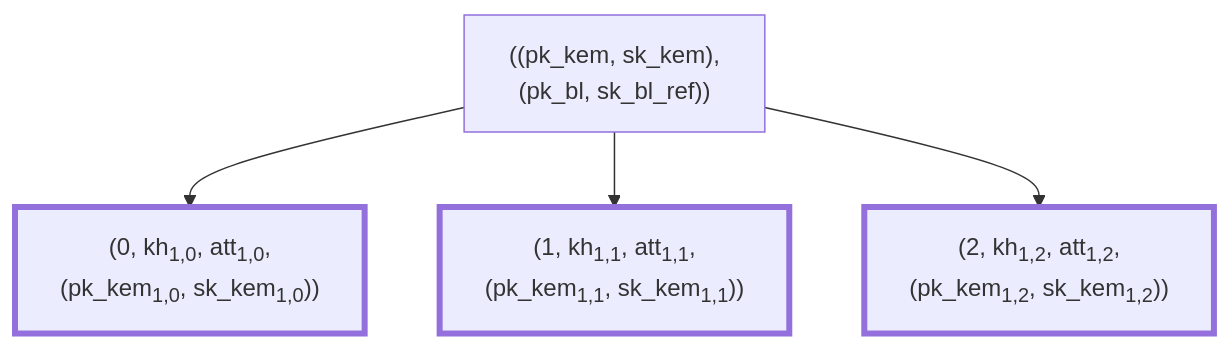
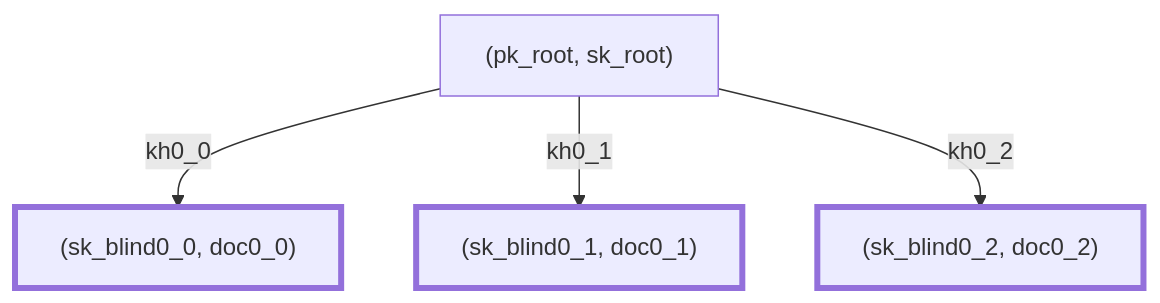
Before and after one commit to sander/hierarchical-deterministic-keys: the second of 4 diagrams in keys.md, drawn with Mermaid. The commit also changed other lines of this file, not shown here.

````diff
--- a/keys.md
+++ b/keys.md
@@ -198,10 +48,10 @@
 ```mermaid
 flowchart
-root["((pk_kem, sk_kem),<br>(pk_bl, sk_bl_ref))"]
-root --> l1_0["(0, kh<sub>1,0</sub>, att<sub>1,0</sub>,<br>(pk_kem<sub>1,0</sub>, sk_kem<sub>1,0</sub>))"]
-root --> l1_1["(1, kh<sub>1,1</sub>, att<sub>1,1</sub>,<br>(pk_kem<sub>1,1</sub>, sk_kem<sub>1,1</sub>))"]
-root --> l1_2["(2, kh<sub>1,2</sub>, att<sub>1,2</sub>,<br>(pk_kem<sub>1,2</sub>, sk_kem<sub>1,2</sub>))"]
+root["(pk_root, sk_root)"]
+root --kh0_0--> l1_0["(sk_blind0_0, doc0_0)"]
+root --kh0_1--> l1_1["(sk_blind0_1, doc0_1)"]
+root --kh0_2--> l1_2["(sk_blind0_2, doc0_2)"]
 style l1_0 stroke-width:4px
 style l1_1 stroke-width:4px
 style l1_2 stroke-width:4px
 ```
````
